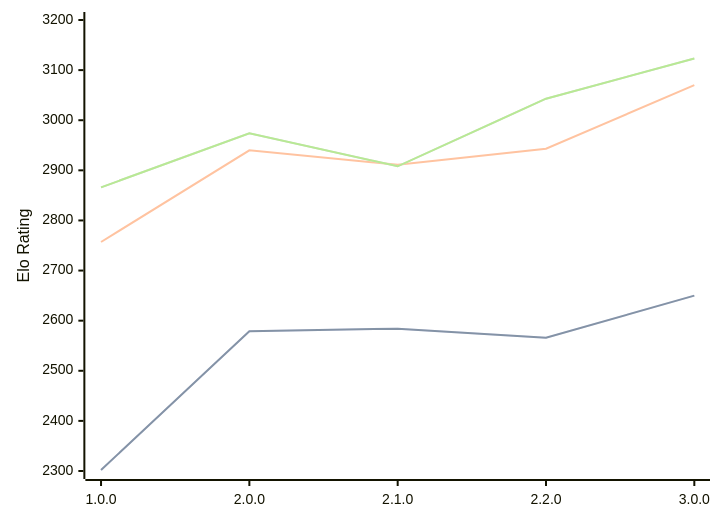
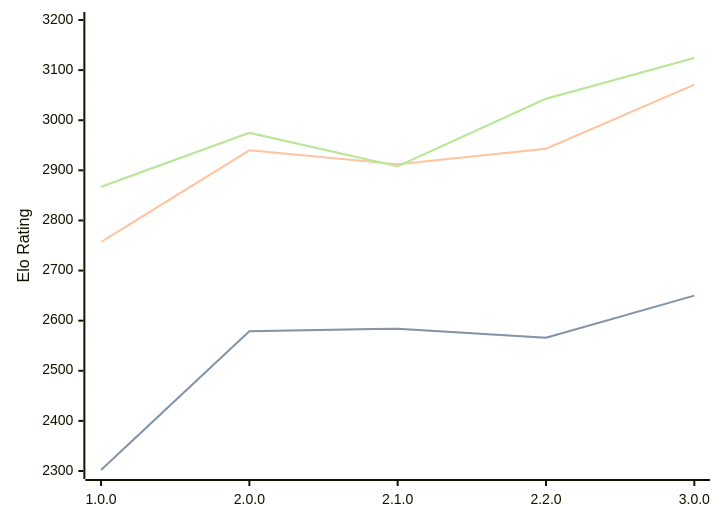
One commit to computer-chess-index/cci changed the diagram in engines/Catalyst.md. Above: the diagram before and after it, drawn with Mermaid. The commit also changed other lines of this file, not shown here.

Commit message:
Update CCI Ratings (ELO VLTC) - 2026-07-31

````diff
--- a/engines/Catalyst.md
+++ b/engines/Catalyst.md
@@ -36,11 +36,11 @@
 ```mermaid
 %%{init: {"theme":"base","themeVariables":{"seriesColors:['#a3a3a3','#222221','#faa371']}}}%%
 xychart-beta
   x-axis ["1.0.0", "2.0.0", "2.1.0", "2.2.0", "3.0.0"]
   y-axis "Elo Rating" 2300 --> 3200
   line "STC (8.0+0.08s)" [2302, 2579, 2584, 2566, 2650]
   line "STC (8.0+0.08s)" [2302, 2579, 2584, 2566, 2650]
-  line "LTC (60.0+0.60s)" [2757, 2940, 2911, 2943, 3070]
-  line "VLTC (2m24s+1.12s)" [2866, 2974, 2908, 3043, 3123]
-  line "VLTC (2m24s+1.12s)" [2866, 2974, 2908, 3043, 3123]
+  line "LTC (60.0+0.60s)" [2757, 2940, 2912, 2943, 3071]
+  line "VLTC (2m24s+1.12s)" [2867, 2975, 2908, 3043, 3124]
+  line "VLTC (2m24s+1.12s)" [2867, 2975, 2908, 3043, 3124]
 ```
````
